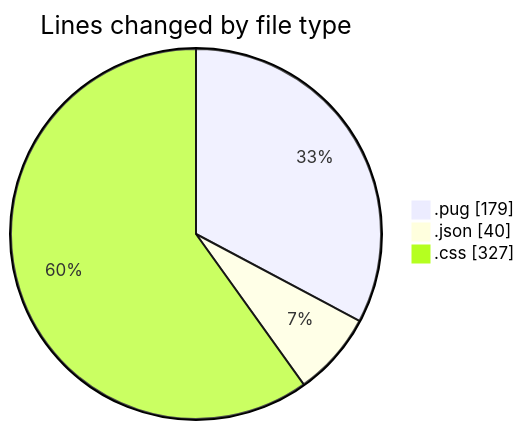
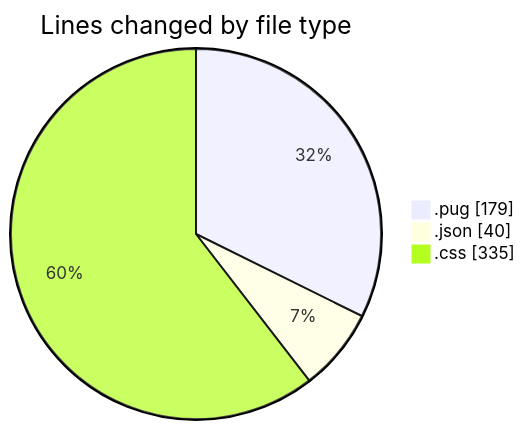
The first of 2 diagrams in 2025-11-03/cda/README.md (momahboobian/code-tracking), drawn with Mermaid before and after one commit. The commit also changed other lines of this file and 1 other file, not shown here.

````diff
--- a/2025-11-03/cda/README.md
+++ b/2025-11-03/cda/README.md
@@ -22,7 +22,7 @@
 ```mermaid
 pie showData
 title Lines changed by file type
 ".pug" : 179
 ".json" : 40
-".css" : 327
+".css" : 335
 ```
````
